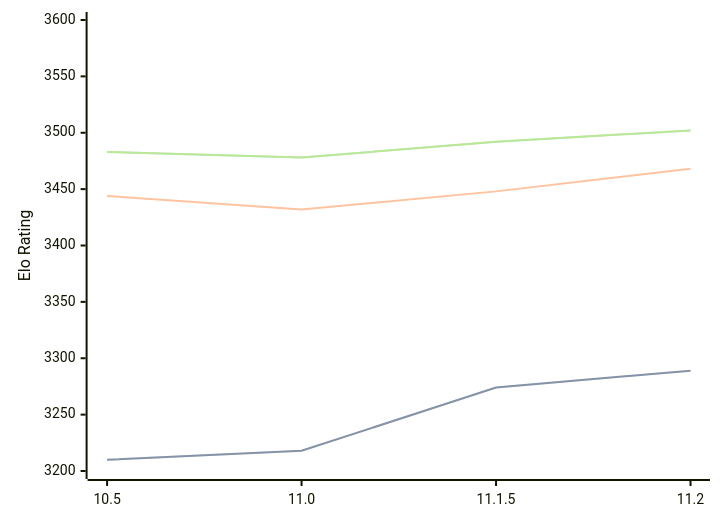
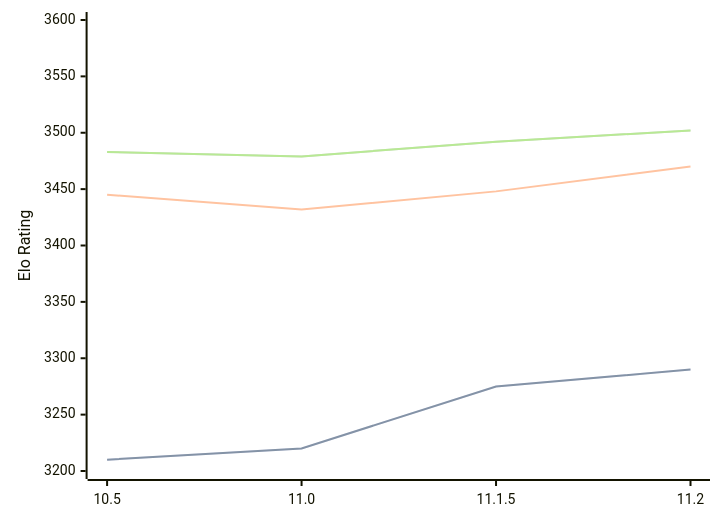
The diagram in engines/Lizard.md (computer-chess-index/cci), drawn with Mermaid before and after one commit. The commit also changed other lines of this file, not shown here.

Commit message:
Update CCI Ratings (ELO VLTC) - 2026-05-22

````diff
--- a/engines/Lizard.md
+++ b/engines/Lizard.md
@@ -46,11 +46,11 @@
 ```mermaid
 %%{init: {"theme":"base","themeVariables":{"seriesColors:['#a3a3a3','#222221','#faa371']}}}%%
 xychart-beta
   x-axis ["10.5", "11.0", "11.1.5", "11.2"]
   y-axis "Elo Rating" 3200 --> 3600
-  line "STC (8.0+0.08s)" [3210, 3218, 3274, 3289]
-  line "STC (8.0+0.08s)" [3210, 3218, 3274, 3289]
-  line "LTC (60.0+0.60s)" [3444, 3432, 3448, 3468]
-  line "VLTC (2m24s+1.12s)" [3483, 3478, 3492, 3502]
-  line "VLTC (2m24s+1.12s)" [3483, 3478, 3492, 3502]
+  line "STC (8.0+0.08s)" [3210, 3220, 3275, 3290]
+  line "STC (8.0+0.08s)" [3210, 3220, 3275, 3290]
+  line "LTC (60.0+0.60s)" [3445, 3432, 3448, 3470]
+  line "VLTC (2m24s+1.12s)" [3483, 3479, 3492, 3502]
+  line "VLTC (2m24s+1.12s)" [3483, 3479, 3492, 3502]
 ```
````
